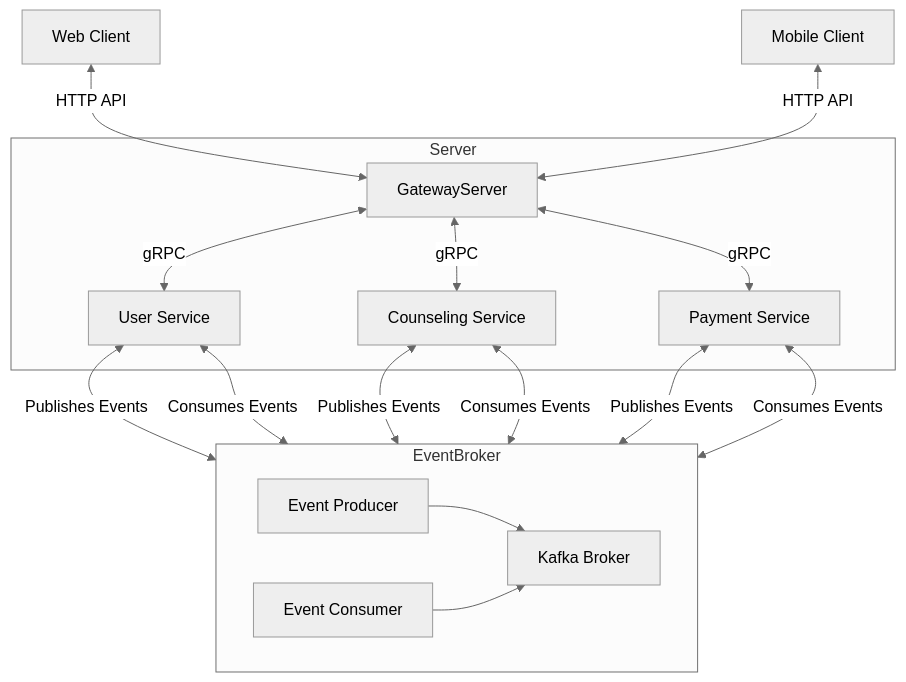
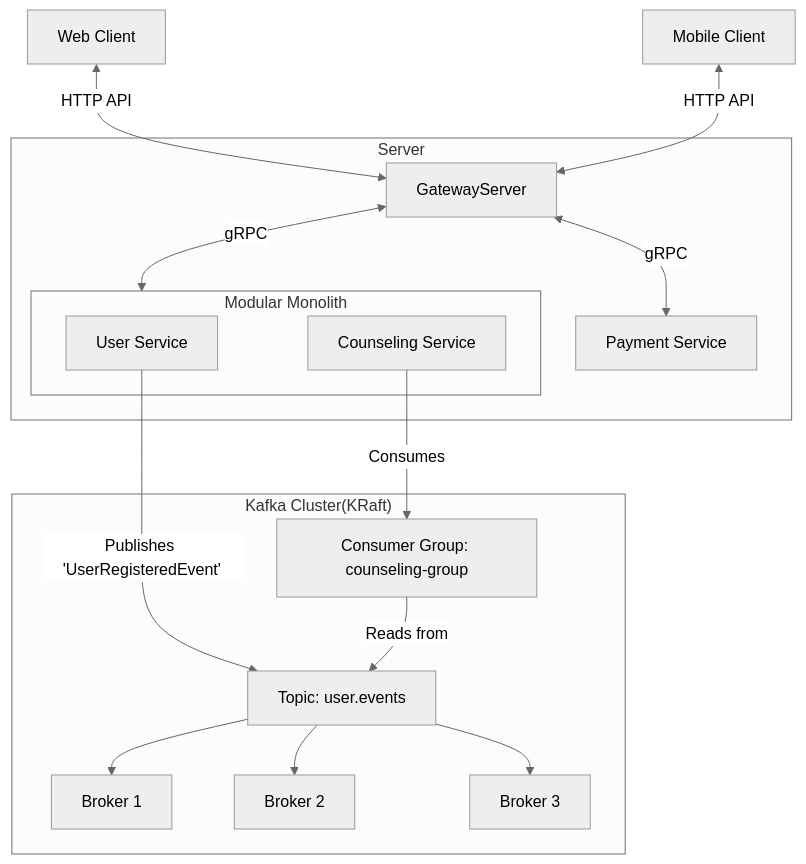
One commit to hearlersofficial/nest-api changed the first of 2 diagrams in README.md. Above: the diagram before and after it, drawn with Mermaid. The commit also changed other lines of this file, not shown here.

````diff
--- a/README.md
+++ b/README.md
@@ -50,35 +50,39 @@
 ```mermaid
 %%{init: {'theme':'neutral'}}%%
 flowchart TD
     %% 외부 클라이언트에서 게이트웨이로의 접근
     Client1["Web Client"]
     Client2["Mobile Client"]
     Client1 <-->|HTTP API| GatewayServer
     Client2 <-->|HTTP API| GatewayServer
 
     %% 게이트웨이가 각 서비스로 라우팅
     subgraph Server["Server"]
         GatewayServer
-        GatewayServer <-->|gRPC| UserService["User Service"]
-        GatewayServer <-->|gRPC| CounselingService["Counseling Service"]
+        subgraph ModularMonolith["Modular Monolith"]
+            UserService["User Service"]
+            CounselingService["Counseling Service"]
+        end
+        GatewayServer <-->|gRPC| ModularMonolith
         GatewayServer <-->|gRPC| PaymentService["Payment Service"]
+    end
 
 
-    end
+subgraph KafkaCluster["Kafka Cluster(KRaft)"]
+    Broker1["Broker 1"]
+    Broker2["Broker 2"]
+    Broker3["Broker 3"]
+    userEventsTopic["Topic: user.events"]
+    ConsumerGroup["Consumer Group: counseling-group"]
+end
 
-    subgraph EventBroker["EventBroker"]
-        KafkaProducer["Event Producer"]
-        KafkaConsumer["Event Consumer"]
-        KafkaProducer --> Kafka["Kafka Broker"]
-        KafkaConsumer --> Kafka
-    end
+UserService -->|Publishes 'UserRegisteredEvent'| userEventsTopic
+CounselingService -->|Consumes| ConsumerGroup
+ConsumerGroup -->|Reads from| userEventsTopic
 
-    %% 각 서비스는 Kafka와 통신
-    UserService <-->|Publishes Events| EventBroker
-    UserService <-->|Consumes Events| EventBroker
-    CounselingService <-->|Publishes Events| EventBroker
-    CounselingService <-->|Consumes Events| EventBroker
-    PaymentService <-->|Publishes Events| EventBroker
-    PaymentService <-->|Consumes Events| EventBroker
+userEventsTopic --> Broker1
+userEventsTopic --> Broker2
+userEventsTopic --> Broker3
+
 
 ```
````
